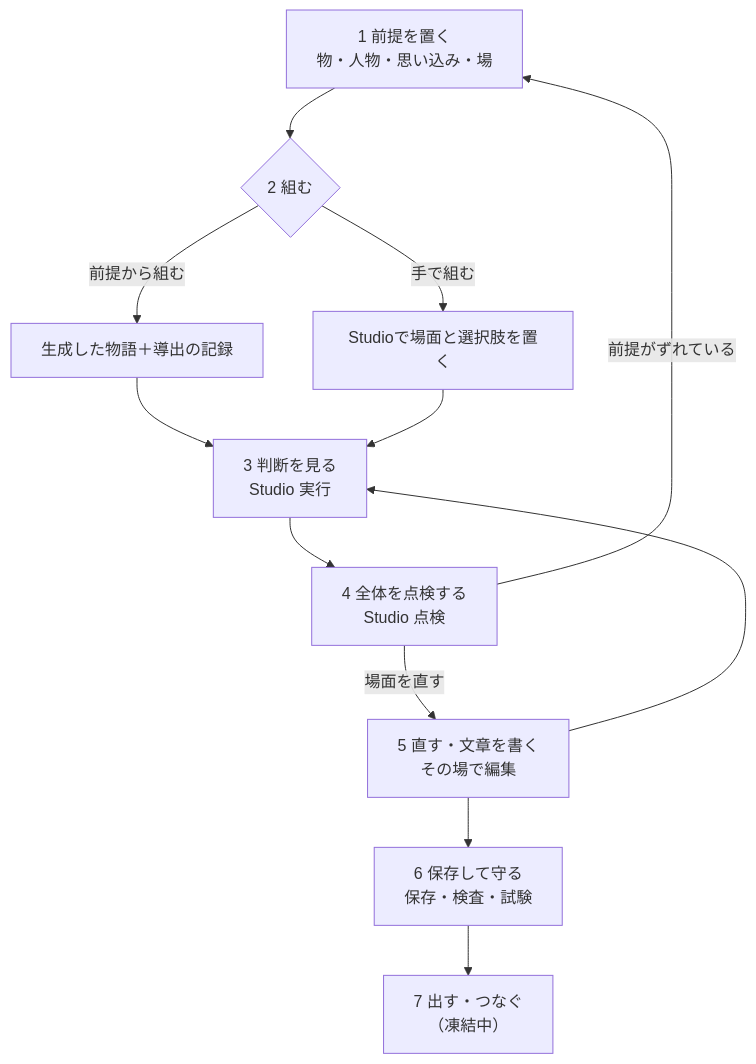
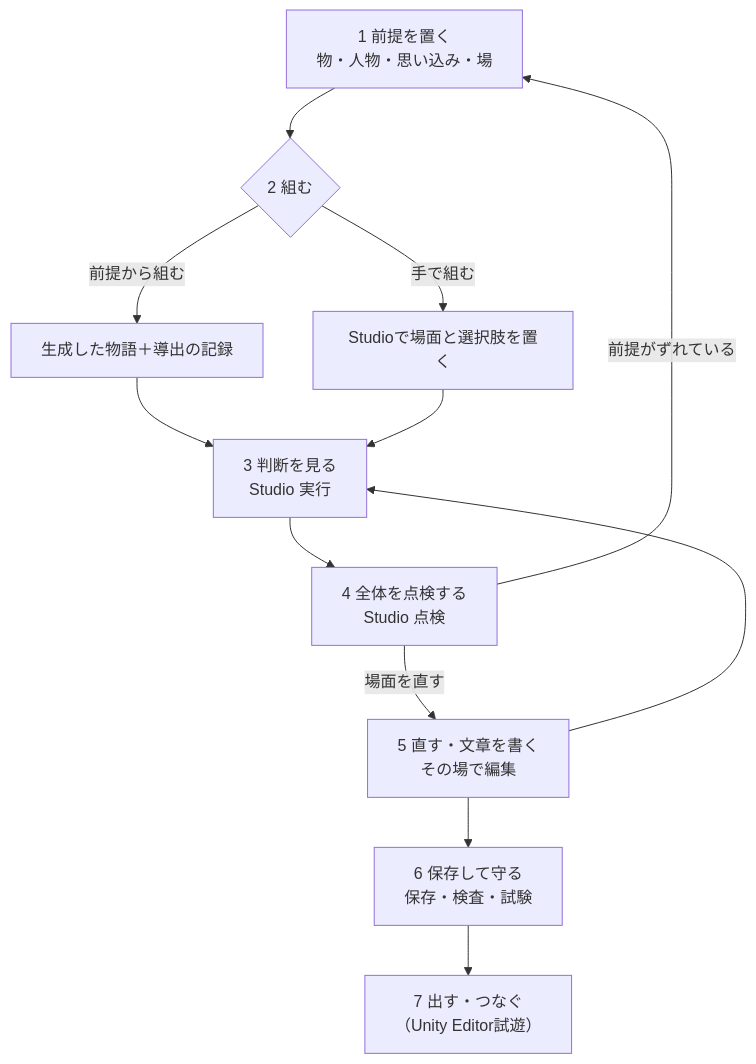
One commit to YuShimoji/NarrativeGen changed the diagram in docs/specs/pipeline-workflow.md. Above: the diagram before and after it, drawn with Mermaid. The commit also changed other lines of this file and 8 other files, not shown here.

````diff
--- a/docs/specs/pipeline-workflow.md
+++ b/docs/specs/pipeline-workflow.md
@@ -31,14 +31,14 @@
 ```mermaid
 flowchart TD
   A["1 前提を置く<br/>物・人物・思い込み・場"] --> B{"2 組む"}
   B -->|"前提から組む"| C["生成した物語＋導出の記録"]
   B -->|"手で組む"| D["Studioで場面と選択肢を置く"]
   C --> E["3 判断を見る<br/>Studio 実行"]
   D --> E
   E --> F["4 全体を点検する<br/>Studio 点検"]
   F -->|"前提がずれている"| A
   F -->|"場面を直す"| G["5 直す・文章を書く<br/>その場で編集"]
   G --> E
   G --> H["6 保存して守る<br/>保存・検査・試験"]
-  H --> I["7 出す・つなぐ<br/>（凍結中）"]
+  H --> I["7 出す・つなぐ<br/>（Unity Editor試遊）"]
 ```
````
